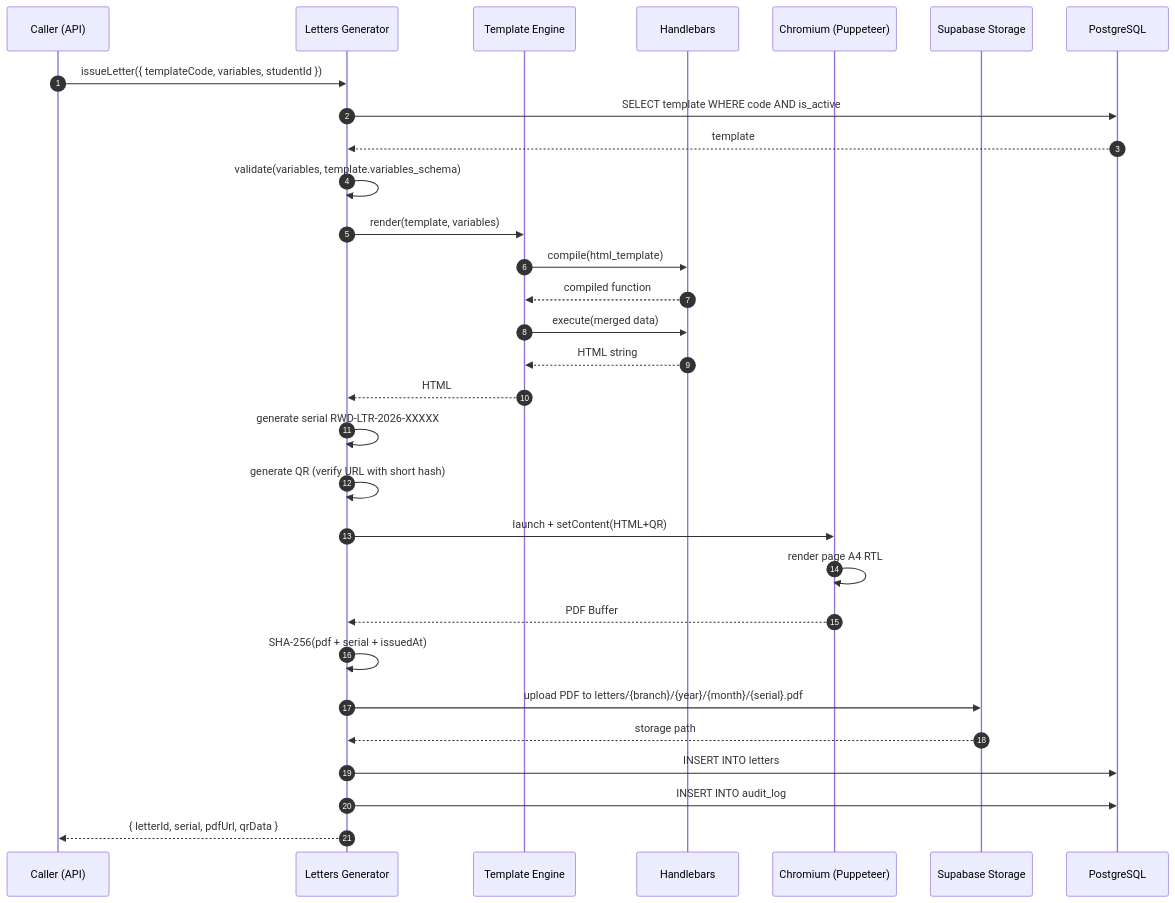
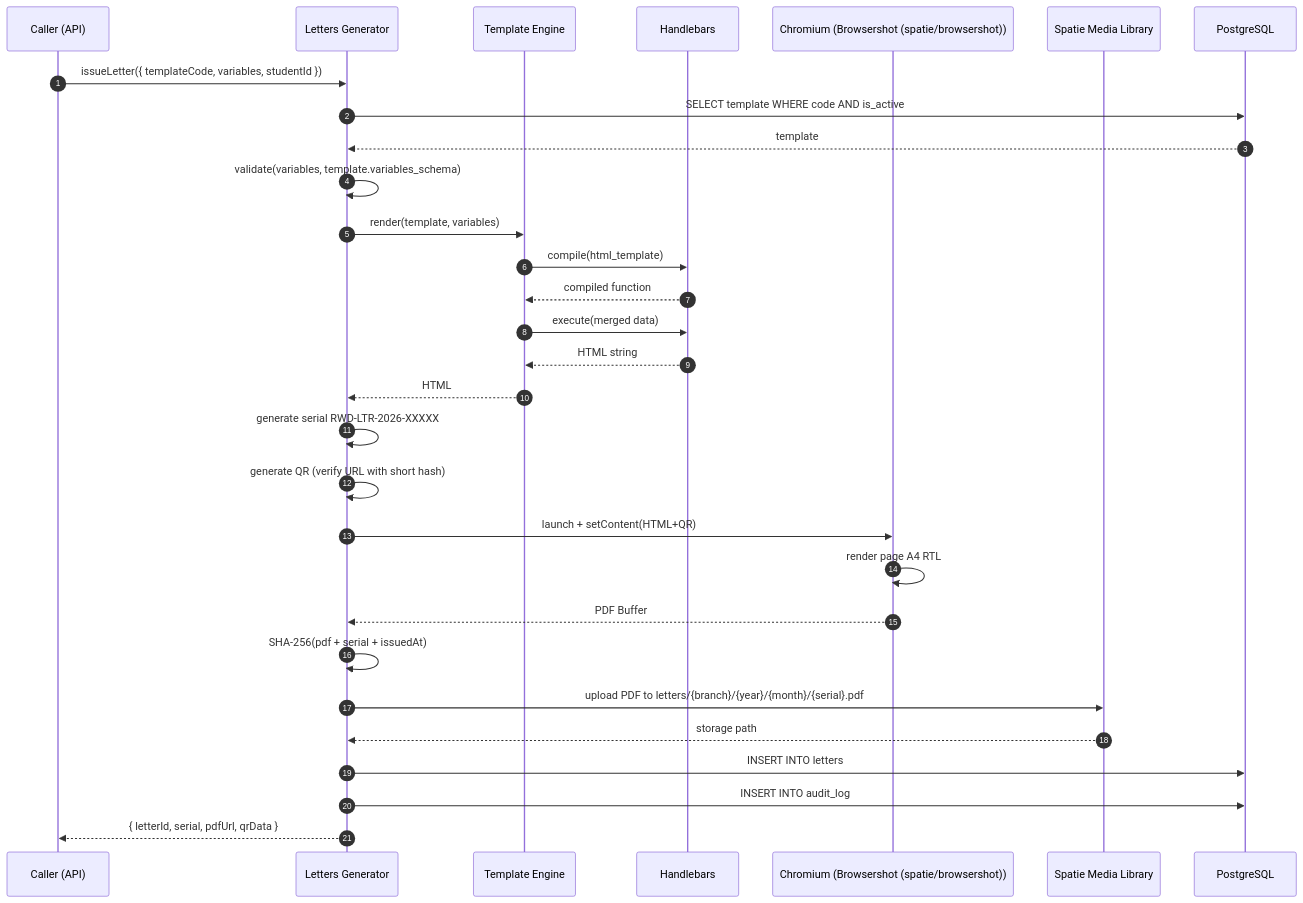
The fifth of 8 diagrams in 03-المراحل-التنفيذية/05-الطلبات-والخطابات/خطة-المرحلة.md (alharbib902-del/technical-handover), drawn with Mermaid before and after one commit. The commit also changed other lines of this file and 22 other files, not shown here.

````diff
--- a/03-المراحل-التنفيذية/05-الطلبات-والخطابات/خطة-المرحلة.md
+++ b/03-المراحل-التنفيذية/05-الطلبات-والخطابات/خطة-المرحلة.md
@@ -1710,33 +1710,33 @@
 ```mermaid
 sequenceDiagram
     autonumber
     participant Caller as Caller (API)
     participant LG as Letters Generator
     participant TPL as Template Engine
     participant HB as Handlebars
-    participant CH as Chromium (Puppeteer)
-    participant ST as Supabase Storage
+    participant CH as Chromium (Browsershot (spatie/browsershot))
+    participant ST as Spatie Media Library
     participant DB as PostgreSQL
 
     Caller->>LG: issueLetter({ templateCode, variables, studentId })
     LG->>DB: SELECT template WHERE code AND is_active
     DB-->>LG: template
     LG->>LG: validate(variables, template.variables_schema)
     LG->>TPL: render(template, variables)
     TPL->>HB: compile(html_template)
     HB-->>TPL: compiled function
     TPL->>HB: execute(merged data)
     HB-->>TPL: HTML string
     TPL-->>LG: HTML
     LG->>LG: generate serial RWD-LTR-2026-XXXXX
     LG->>LG: generate QR (verify URL with short hash)
     LG->>CH: launch + setContent(HTML+QR)
     CH->>CH: render page A4 RTL
     CH-->>LG: PDF Buffer
     LG->>LG: SHA-256(pdf + serial + issuedAt)
     LG->>ST: upload PDF to letters/{branch}/{year}/{month}/{serial}.pdf
     ST-->>LG: storage path
     LG->>DB: INSERT INTO letters
     LG->>DB: INSERT INTO audit_log
     LG-->>Caller: { letterId, serial, pdfUrl, qrData }
 ```
````
